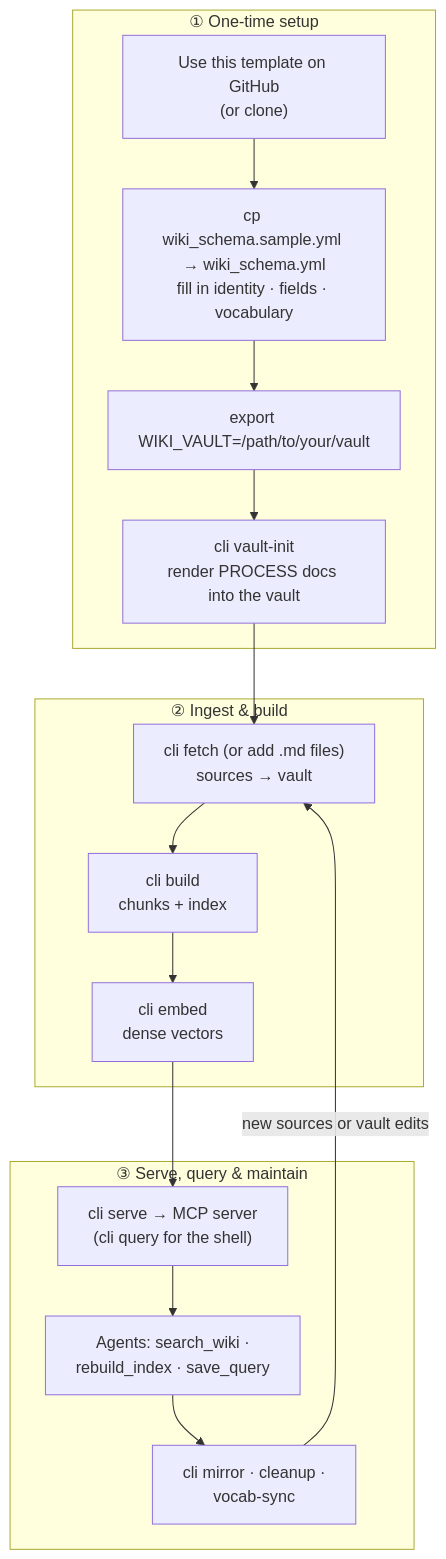
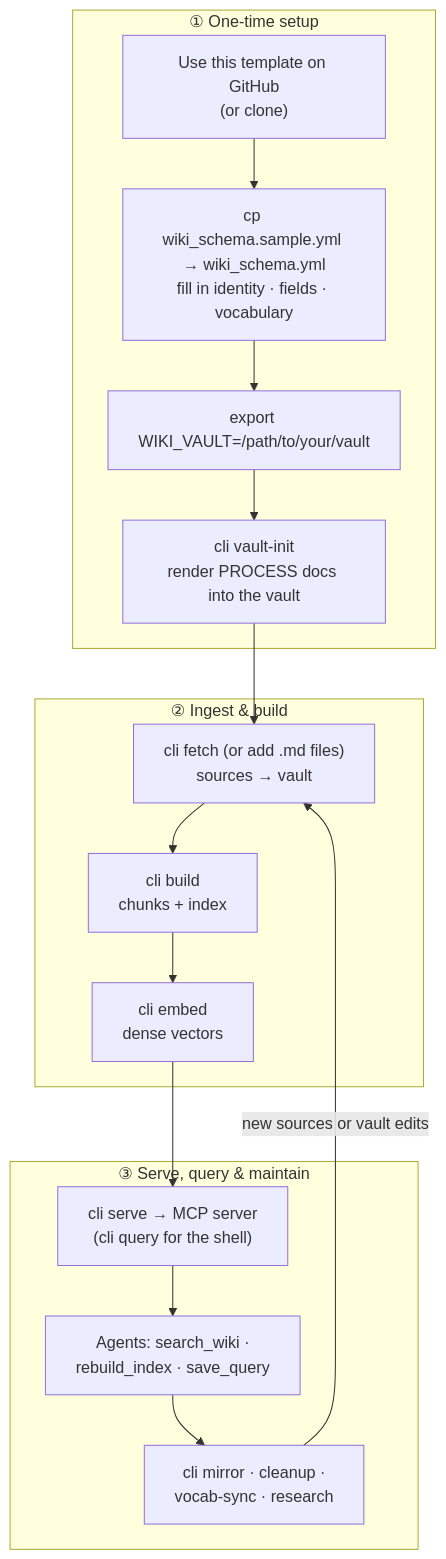
One commit to wuharlem/llm-wiki-rag changed the diagram in README.md. Above: the diagram before and after it, drawn with Mermaid. The commit also changed other lines of this file and 6 other files, not shown here.

First line of the commit message:
docs: sync README/ARCHITECTURE/templates/sample with the graph + research feature line

````diff
--- a/README.md
+++ b/README.md
@@ -23,22 +23,22 @@
 ```mermaid
 flowchart TD
     subgraph setup["① One-time setup"]
         A["Use this template on GitHub<br/>(or clone)"] --> B["cp wiki_schema.sample.yml → wiki_schema.yml<br/>fill in identity · fields · vocabulary"]
         B --> C["export WIKI_VAULT=/path/to/your/vault"]
         C --> D["cli vault-init<br/>render PROCESS docs into the vault"]
     end
 
     subgraph pipeline["② Ingest &amp; build"]
         E["cli fetch (or add .md files)<br/>sources → vault"] --> F["cli build<br/>chunks + index"]
         F --> G["cli embed<br/>dense vectors"]
     end
 
     subgraph use["③ Serve, query &amp; maintain"]
         H["cli serve → MCP server<br/>(cli query for the shell)"] --> I["Agents: search_wiki ·<br/>rebuild_index · save_query"]
-        I --> J["cli mirror · cleanup ·<br/>vocab-sync"]
+        I --> J["cli mirror · cleanup ·<br/>vocab-sync · research"]
     end
 
     D --> E
     G --> H
     J -->|new sources or vault edits| E
 ```
````
